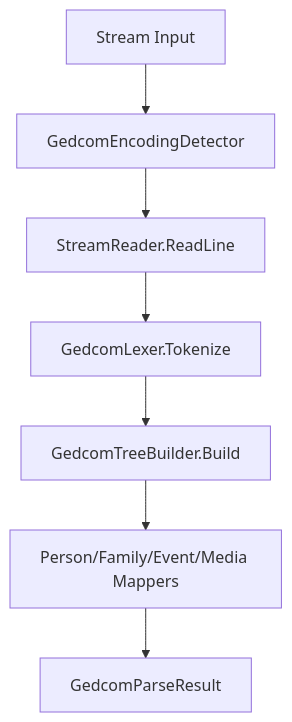
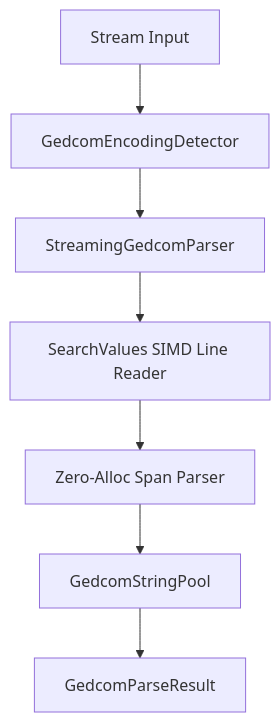
The first of 3 diagrams in docs/architecture.md (tafallen/gedcom-vector), drawn with Mermaid before and after one commit. The commit also changed other lines of this file and 2 other files, not shown here.

````diff
--- a/docs/architecture.md
+++ b/docs/architecture.md
@@ -15,9 +15,9 @@
 ```mermaid
 graph TD
     Stream[Stream Input] --> Detector[GedcomEncodingDetector]
-    Detector --> LineReader[StreamReader.ReadLine]
-    LineReader --> Lexer[GedcomLexer.Tokenize]
-    Lexer --> TreeBuilder[GedcomTreeBuilder.Build]
-    TreeBuilder --> Mappers[Person/Family/Event/Media Mappers]
-    Mappers --> ParseResult[GedcomParseResult]
+    Detector --> Parser[StreamingGedcomParser]
+    Parser --> SIMD[SearchValues SIMD Line Reader]
+    SIMD --> SpanParser[Zero-Alloc Span Parser]
+    SpanParser --> StringPool[GedcomStringPool]
+    StringPool --> ParseResult[GedcomParseResult]
 ```
````
